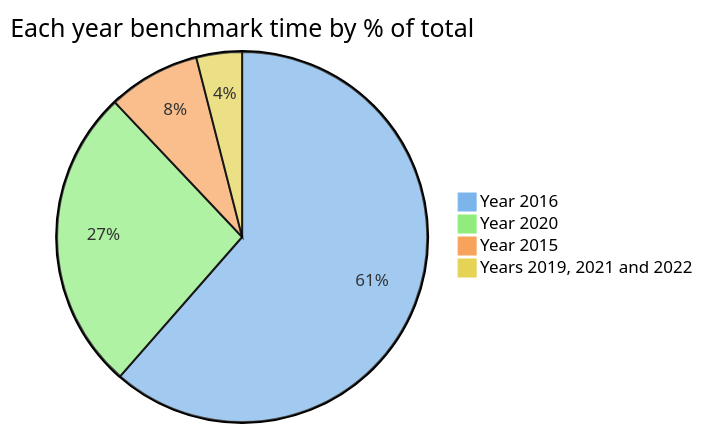
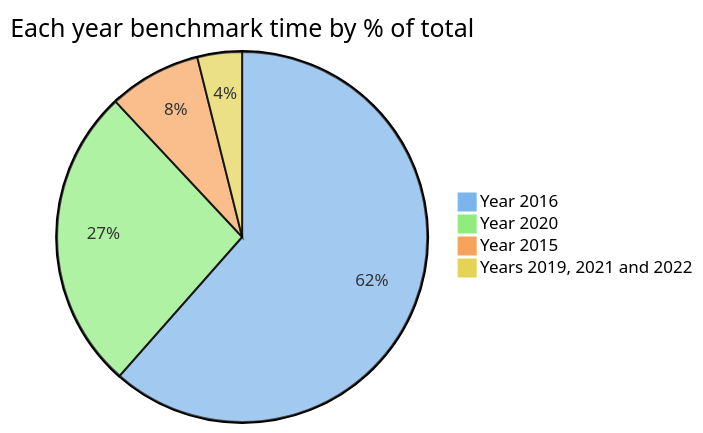
One commit to maneatingape/advent-of-code-rust changed the first of 7 diagrams in README.md. Above: the diagram before and after it, drawn with Mermaid. The commit also changed other lines of this file and 1 other file, not shown here.

````diff
--- a/README.md
+++ b/README.md
@@ -61,9 +61,9 @@
 ```mermaid
 %%{init: {"themeVariables": { "pie1": "#7cb5ec", "pie2": "#90ed7d", "pie3": "#f7a35c", "pie4": "#e4d354", "pie5": "#e4c4fb", "pie6": "#c6cdd5"}}}%%
 pie
     title Each year benchmark time by % of total
     "Year 2016" : 663
     "Year 2020" : 286
     "Year 2015" : 87
-    "Years 2019, 2021 and 2022" : 43
+    "Years 2019, 2021 and 2022" : 42
 ```
````
